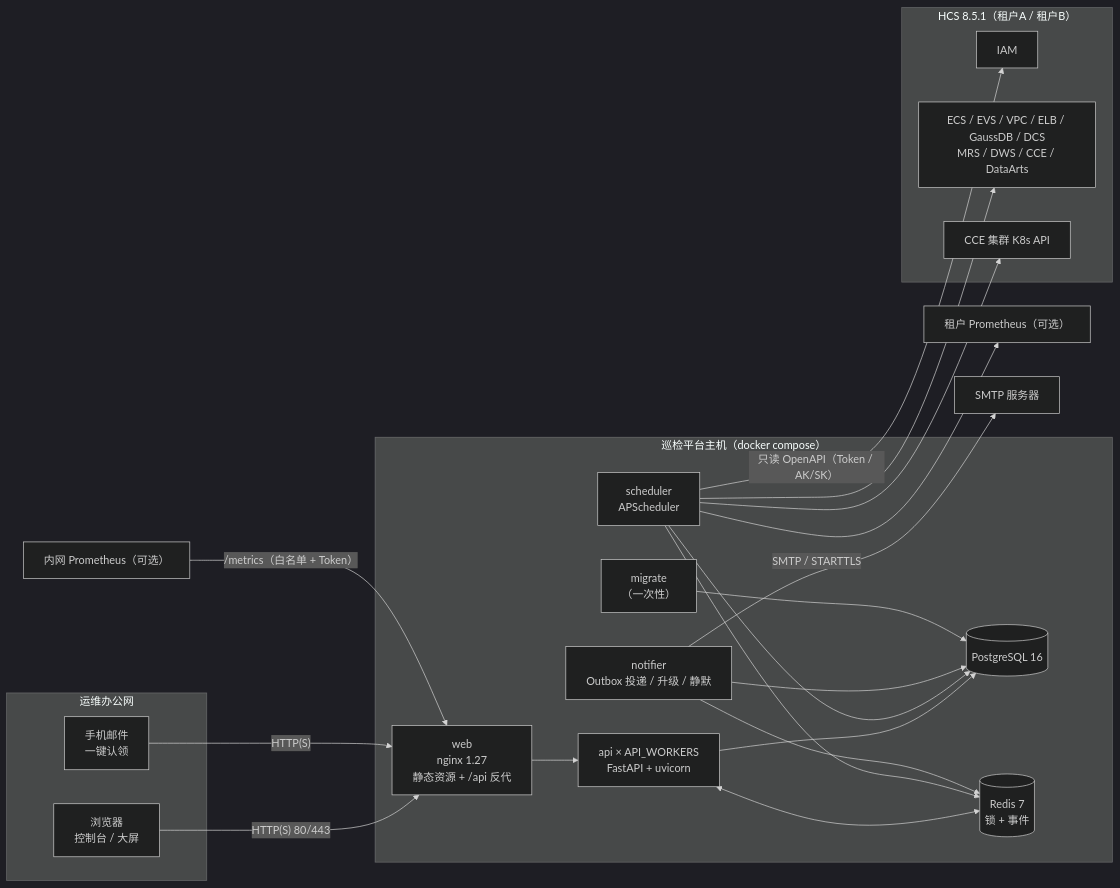
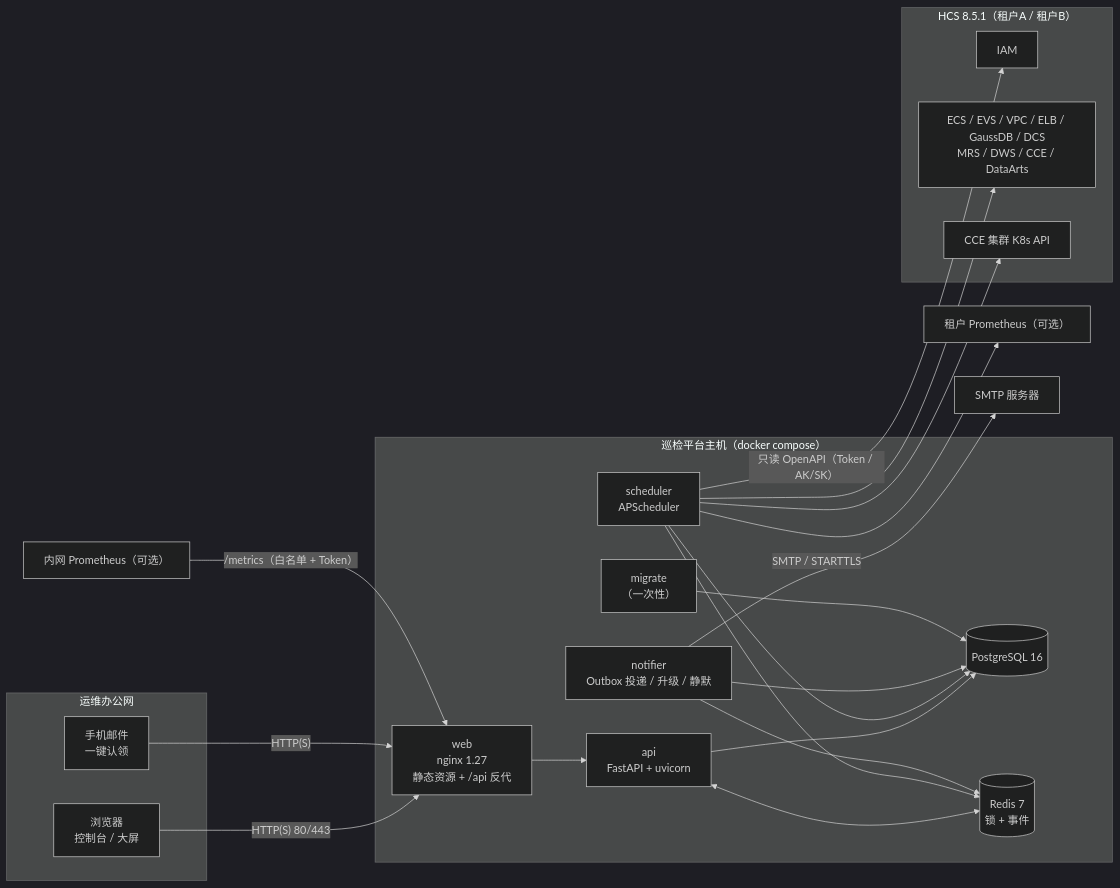
One commit to gongjin1997/hcs changed the first of 4 diagrams in docs/架构文档.md. Above: the diagram before and after it, drawn with Mermaid (dark theme). The commit also changed other lines of this file and 9 other files, not shown here.

````diff
--- a/docs/架构文档.md
+++ b/docs/架构文档.md
@@ -41,41 +41,41 @@
 ```mermaid
 flowchart LR
   subgraph User["运维办公网"]
     B["浏览器<br/>控制台 / 大屏"]
     M["手机邮件<br/>一键认领"]
   end
   subgraph Host["巡检平台主机（docker compose）"]
     W["web<br/>nginx 1.27<br/>静态资源 + /api 反代"]
-    A["api × API_WORKERS<br/>FastAPI + uvicorn"]
+    A["api<br/>FastAPI + uvicorn"]
     S["scheduler<br/>APScheduler"]
     N["notifier<br/>Outbox 投递 / 升级 / 静默"]
     P[("PostgreSQL 16")]
     R[("Redis 7<br/>锁 + 事件")]
     MG["migrate<br/>（一次性）"]
   end
   subgraph HCS["HCS 8.5.1（租户A / 租户B）"]
     IAM["IAM"]
     SVC["ECS / EVS / VPC / ELB / GaussDB / DCS<br/>MRS / DWS / CCE / DataArts"]
     K8S["CCE 集群 K8s API"]
   end
   PROM["租户 Prometheus（可选）"]
   SMTP["SMTP 服务器"]
   MON["内网 Prometheus（可选）"]
 
   B -- "HTTP(S) 80/443" --> W
   M -- "HTTP(S)" --> W
   W --> A
   A --> P
   A <--> R
   S --> P
   S --> R
   N --> P
   N --> R
   MG --> P
   S -- "只读 OpenAPI（Token / AK/SK）" --> IAM
   S --> SVC
   S --> K8S
   S --> PROM
   N -- "SMTP / STARTTLS" --> SMTP
   MON -- "/metrics（白名单 + Token）" --> W
 ```
````
